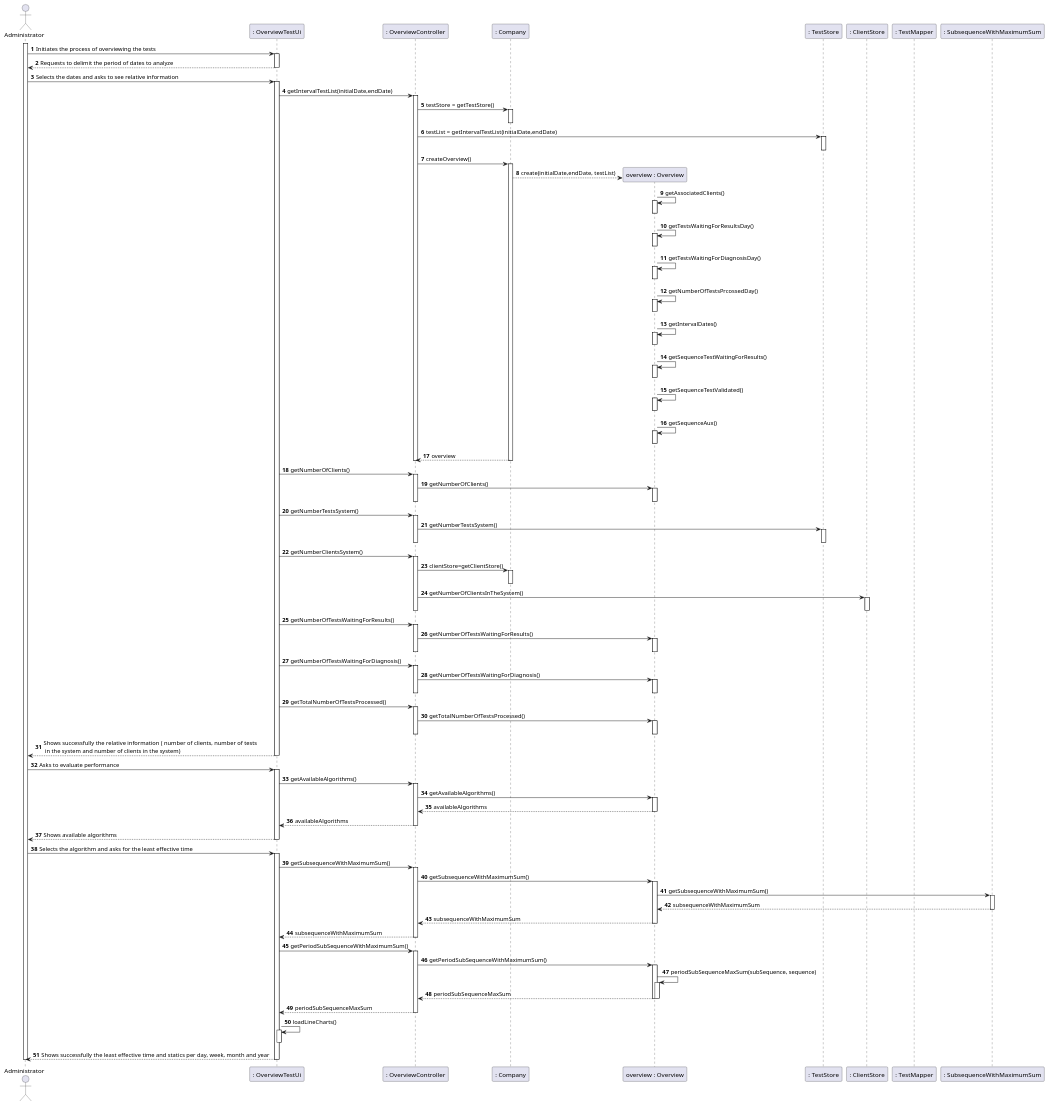
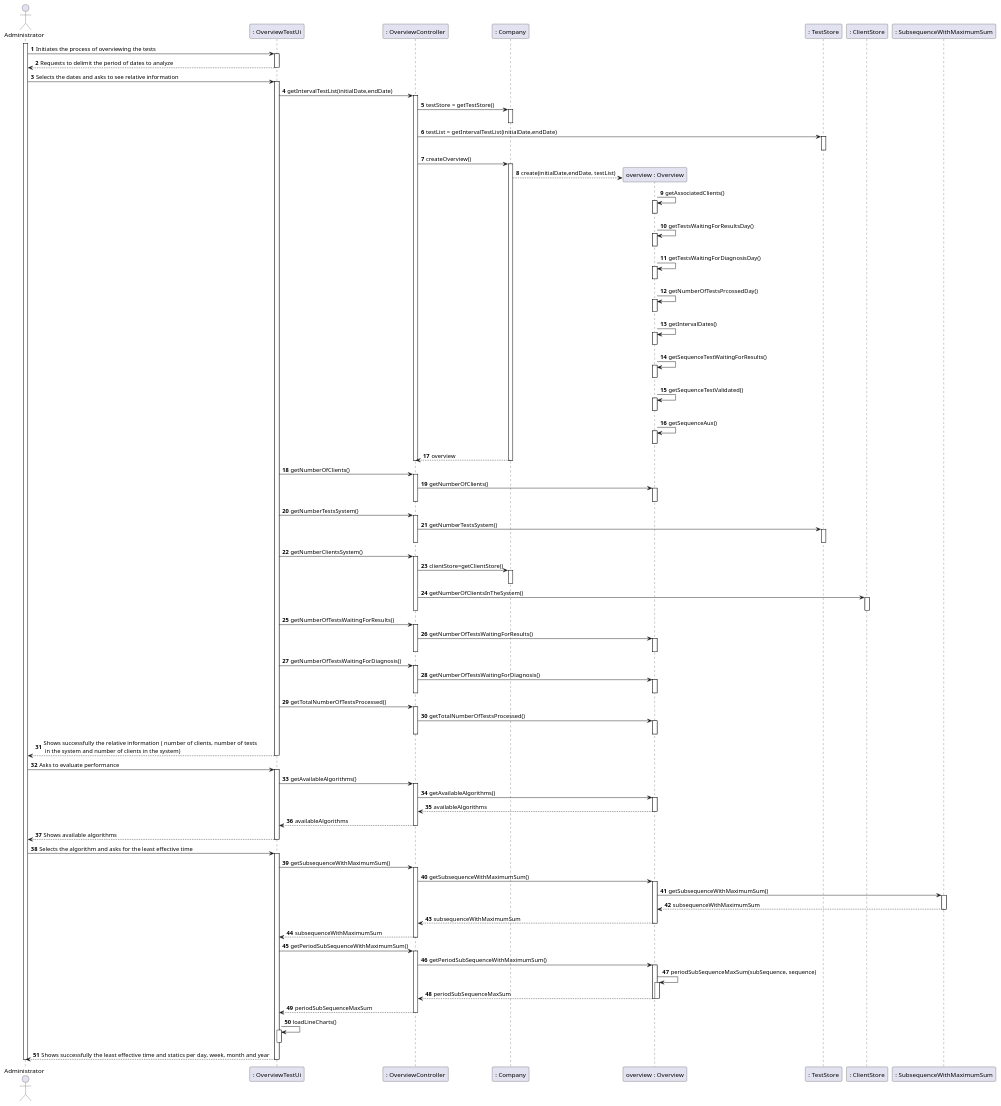
One commit to manu-07-ela/LAPR2_ISEP changed the diagram in docs/SprintD/US16/US16_SD.puml. Above: the diagram before and after it, drawn with PlantUML. The commit also changed 2 other files, not shown here.

```diff
--- a/docs/SprintD/US16/US16_SD.puml
+++ b/docs/SprintD/US16/US16_SD.puml
@@ -1,165 +1,164 @@
 @startuml
 autonumber
 'hide footbox
 actor "Administrator" as ADMIN
 
 participant ": OverviewTestUi" as UI
 participant ": OverviewController" as CTRL
 participant ": Company" as COMP
 participant "overview : Overview" as OVERVIEW
 participant ": TestStore" as TS
 participant ": ClientStore" as CS
-participant ": TestMapper" as tMAPPER
 participant ": SubsequenceWithMaximumSum" as interface
 
 activate ADMIN
 ADMIN -> UI : Initiates the process of overviewing the tests
 activate UI
 UI --> ADMIN : Requests to delimit the period of dates to analyze
 deactivate UI
 
 ADMIN -> UI : Selects the dates and asks to see relative information
 activate UI
 UI -> CTRL : getIntervalTestList(initialDate,endDate)
 activate CTRL
 
 CTRL -> COMP : testStore = getTestStore()
 activate COMP
 deactivate COMP
 CTRL -> TS : testList = getIntervalTestList(initialDate,endDate)
 activate TS
 deactivate TS
 CTRL -> COMP : createOverview()
 activate COMP
 COMP --> OVERVIEW** : create(initialDate,endDate, testList)
 OVERVIEW -> OVERVIEW: getAssociatedClients()
 activate OVERVIEW
 deactivate OVERVIEW
 OVERVIEW -> OVERVIEW: getTestsWaitingForResultsDay()
 activate OVERVIEW
 deactivate OVERVIEW
 OVERVIEW -> OVERVIEW: getTestsWaitingForDiagnosisDay()
 activate OVERVIEW
 deactivate OVERVIEW
 OVERVIEW -> OVERVIEW: getNumberOfTestsPrcossedDay()
 activate OVERVIEW
 deactivate OVERVIEW
 OVERVIEW -> OVERVIEW: getIntervalDates()
 activate OVERVIEW
 deactivate OVERVIEW
 OVERVIEW -> OVERVIEW: getSequenceTestWaitingForResults()
 activate OVERVIEW
 deactivate OVERVIEW
 OVERVIEW -> OVERVIEW: getSequenceTestValidated()
 activate OVERVIEW
 deactivate OVERVIEW
 OVERVIEW -> OVERVIEW: getSequenceAux()
 activate OVERVIEW
 deactivate OVERVIEW
 
 COMP --> CTRL : overview
 deactivate COMP
 deactivate CTRL
 
 UI -> CTRL : getNumberOfClients()
 
 
 activate CTRL
 CTRL -> OVERVIEW : getNumberOfClients()
 activate OVERVIEW
 deactivate OVERVIEW
 deactivate CTRL
 
 UI -> CTRL : getNumberTestsSystem()
 activate CTRL
 CTRL -> TS: getNumberTestsSystem()
 activate TS
 deactivate TS
 deactivate CTRL
 
 UI -> CTRL : getNumberClientsSystem()
 activate CTRL
 CTRL -> COMP : clientStore=getClientStore()
 activate COMP
 deactivate COMP
 CTRL -> CS : getNumberOfClientsInTheSystem()
 activate CS
 deactivate CS
 
 deactivate CTRL
 
 UI -> CTRL : getNumberOfTestsWaitingForResults()
 activate CTRL
 CTRL -> OVERVIEW : getNumberOfTestsWaitingForResults()
 activate OVERVIEW
 deactivate OVERVIEW
 deactivate CTRL
 
 UI -> CTRL : getNumberOfTestsWaitingForDiagnosis()
 activate CTRL
 CTRL -> OVERVIEW : getNumberOfTestsWaitingForDiagnosis()
 activate OVERVIEW
 deactivate OVERVIEW
 deactivate CTRL
 
 UI -> CTRL : getTotalNumberOfTestsProcessed()
 activate CTRL
 CTRL -> OVERVIEW : getTotalNumberOfTestsProcessed()
 activate OVERVIEW
 deactivate OVERVIEW
 deactivate CTRL
 
 UI --> ADMIN : Shows successfully the relative information ( number of clients, number of tests \n in the system and number of clients in the system)
 deactivate UI
 ADMIN -> UI : Asks to evaluate performance
 activate UI
 UI -> CTRL : getAvailableAlgorithms()
 activate CTRL
 CTRL -> OVERVIEW : getAvailableAlgorithms()
 activate OVERVIEW
 OVERVIEW --> CTRL : availableAlgorithms
 deactivate OVERVIEW
 CTRL --> UI : availableAlgorithms
 deactivate CTRL
 UI --> ADMIN : Shows available algorithms
 deactivate UI
 
 ADMIN -> UI : Selects the algorithm and asks for the least effective time
 activate UI
 
 UI -> CTRL : getSubsequenceWithMaximumSum()
 activate CTRL
 CTRL -> OVERVIEW : getSubsequenceWithMaximumSum()
 activate OVERVIEW
 OVERVIEW -> interface : getSubsequenceWithMaximumSum()
 activate interface
 interface --> OVERVIEW : subsequenceWithMaximumSum
 deactivate interface
 OVERVIEW --> CTRL : subsequenceWithMaximumSum
 deactivate OVERVIEW
 CTRL --> UI : subsequenceWithMaximumSum
 deactivate CTRL
 
 UI -> CTRL : getPeriodSubSequenceWithMaximumSum()
 activate CTRL
 CTRL -> OVERVIEW : getPeriodSubSequenceWithMaximumSum()
 activate OVERVIEW
 OVERVIEW -> OVERVIEW : periodSubSequenceMaxSum(subSequence, sequence)
 activate OVERVIEW
 OVERVIEW --> CTRL : periodSubSequenceMaxSum
 deactivate OVERVIEW
 deactivate OVERVIEW
 CTRL --> UI : periodSubSequenceMaxSum
 deactivate CTRL
 
 UI -> UI : loadLineCharts()
 activate UI
 deactivate UI
 
 
 UI --> ADMIN : Shows successfully the least effective time and statics per day, week, month and year
 deactivate UI
 
 deactivate ADMIN
 
 @enduml
```
